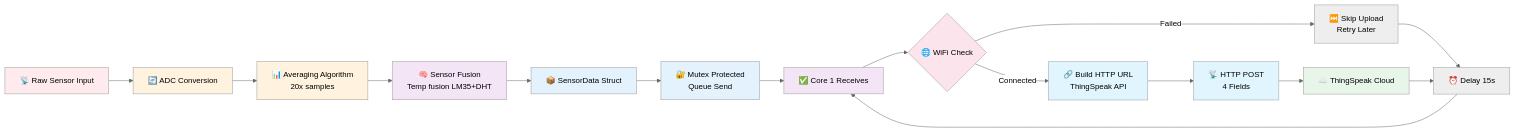
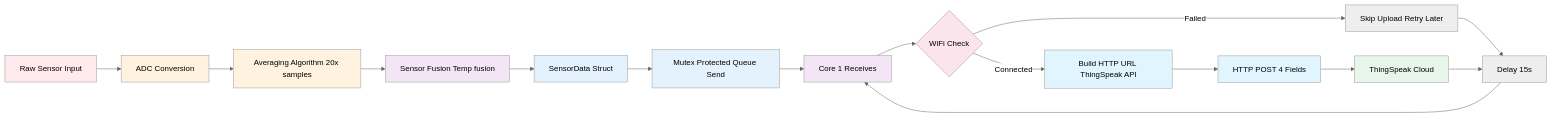
Before and after one commit to ficrammanifur/ESP32-RTOS-Environmental-Monitor: the seventh of 25 diagrams in README.md, drawn with Mermaid (neutral theme). The commit also changed other lines of this file, not shown here.

````diff
--- a/README.md
+++ b/README.md
@@ -376,29 +376,29 @@
 ```mermaid
 graph LR
-    A["📡 Raw Sensor Input"] --> B["🔄 ADC Conversion"]
-    B --> C["📊 Averaging Algorithm<br/>20x samples"]
-    C --> D["🧠 Sensor Fusion<br/>Temp fusion LM35+DHT"]
-    D --> E["📦 SensorData Struct"]
-    E --> F["🔐 Mutex Protected<br/>Queue Send"]
-    F --> G["✅ Core 1 Receives"]
-    G --> H{🌐 WiFi Check}
-    H -->|Connected| I["🔗 Build HTTP URL<br/>ThingSpeak API"]
-    H -->|Failed| J["⏭️ Skip Upload<br/>Retry Later"]
-    I --> K["📡 HTTP POST<br/>4 Fields"]
-    K --> L["☁️ ThingSpeak Cloud"]
-    J --> M["⏰ Delay 15s"]
+    A[Raw Sensor Input] --> B[ADC Conversion]
+    B --> C[Averaging Algorithm 20x samples]
+    C --> D[Sensor Fusion Temp fusion]
+    D --> E[SensorData Struct]
+    E --> F[Mutex Protected Queue Send]
+    F --> G[Core 1 Receives]
+    G --> H{WiFi Check}
+    H -->|Connected| I[Build HTTP URL ThingSpeak API]
+    H -->|Failed| J[Skip Upload Retry Later]
+    I --> K[HTTP POST 4 Fields]
+    K --> L[ThingSpeak Cloud]
+    J --> M[Delay 15s]
     L --> M
     M --> G
     
     style A fill:#ffebee
     style B fill:#fff3e0
     style C fill:#fff3e0
     style D fill:#f3e5f5
     style E fill:#e3f2fd
     style F fill:#e3f2fd
     style G fill:#f3e5f5
     style H fill:#fce4ec
     style I fill:#e1f5fe
     style K fill:#e1f5fe
     style L fill:#e8f5e9
 ```
````
